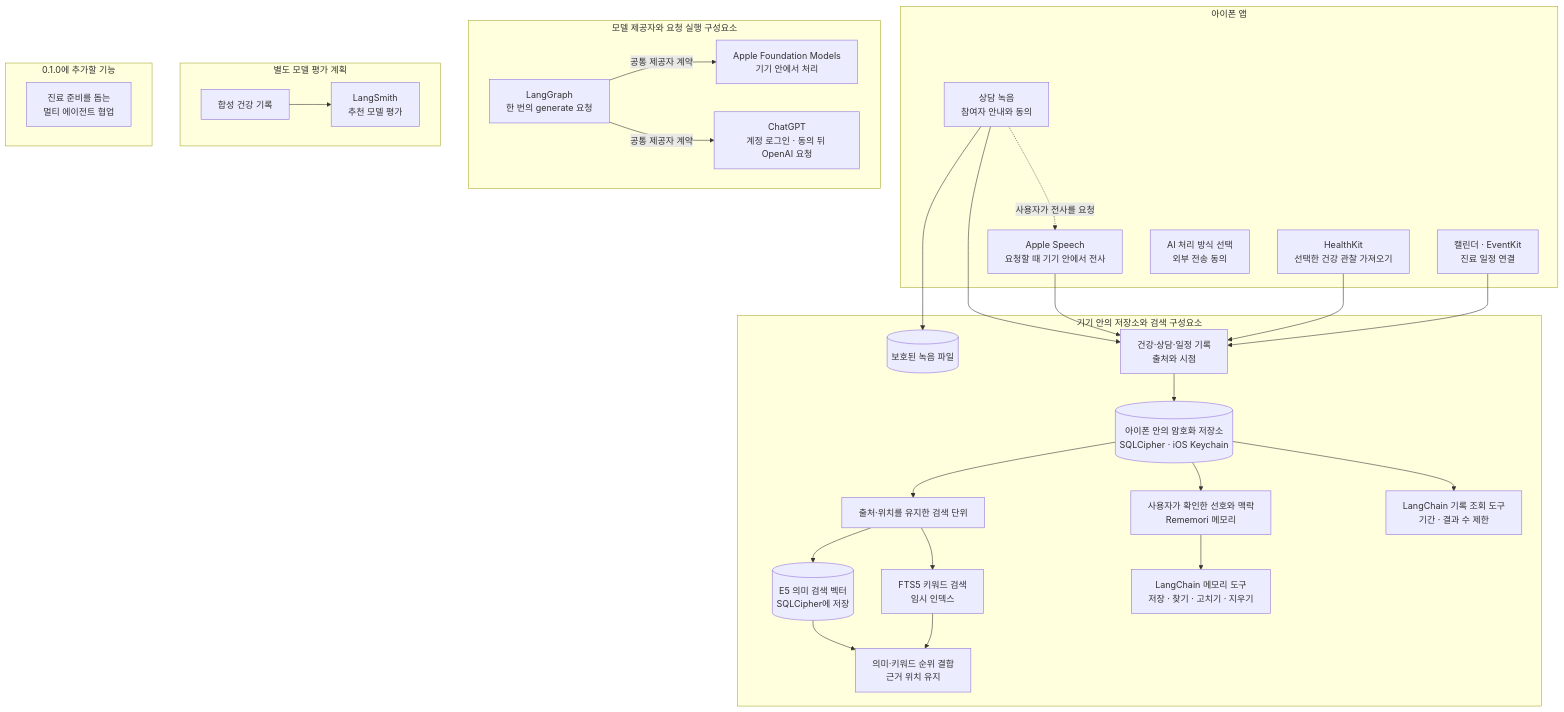
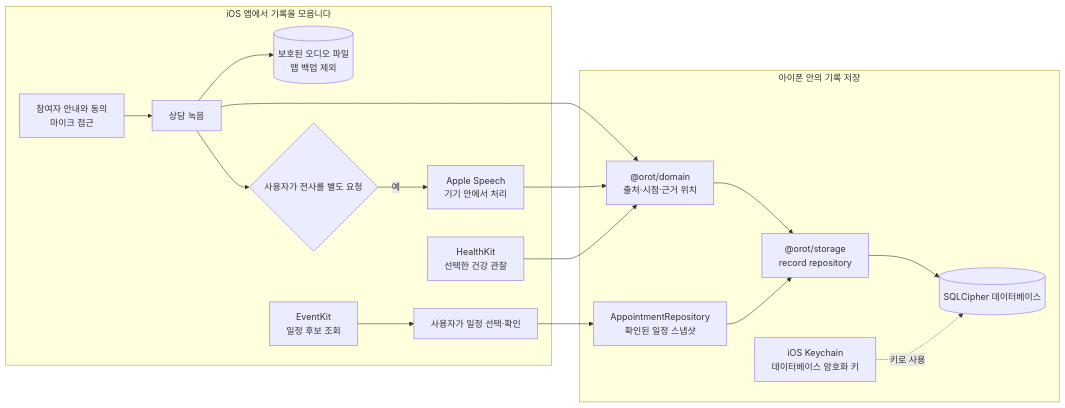
The first of 5 diagrams in README.md (eunsoogi/orot), drawn with Mermaid before and after one commit. The commit also changed other lines of this file, not shown here.

Commit message:
docs(readme): split architecture into source-backed flows

````diff
--- a/README.md
+++ b/README.md
@@ -29,57 +31,32 @@
 ```mermaid
-flowchart TB
-  subgraph app["아이폰 앱"]
-    recording["상담 녹음<br/>참여자 안내와 동의"]
-    speech["Apple Speech<br/>요청할 때 기기 안에서 전사"]
-    health["HealthKit<br/>선택한 건강 관찰 가져오기"]
-    calendar["캘린더 · EventKit<br/>진료 일정 연결"]
-    selection["AI 처리 방식 선택<br/>외부 전송 동의"]
+flowchart LR
+  subgraph capture["iOS 앱에서 기록을 모읍니다"]
+    consent["참여자 안내와 동의<br/>마이크 접근"]
+    recording["상담 녹음"]
+    audio[("보호된 오디오 파일<br/>앱 백업 제외")]
+    transcribe{"사용자가 전사를 별도 요청"}
+    speech["Apple Speech<br/>기기 안에서 처리"]
+    health["HealthKit<br/>선택한 건강 관찰"]
+    eventkit["EventKit<br/>일정 후보 조회"]
+    selectEvent["사용자가 일정 선택·확인"]
   end
 
-  subgraph local["기기 안의 저장소와 검색 구성요소"]
-    audio[("보호된 녹음 파일")]
-    records["건강·상담·일정 기록<br/>출처와 시점"]
-    db[("아이폰 안의 암호화 저장소<br/>SQLCipher · iOS Keychain")]
-    chunks["출처·위치를 유지한 검색 단위"]
-    vectors[("E5 의미 검색 벡터<br/>SQLCipher에 저장")]
-    fts["FTS5 키워드 검색<br/>임시 인덱스"]
-    retrieval["의미·키워드 순위 결합<br/>근거 위치 유지"]
-    memory["사용자가 확인한 선호와 맥락<br/>Rememori 메모리"]
-    memoryTools["LangChain 메모리 도구<br/>저장 · 찾기 · 고치기 · 지우기"]
-    queryTools["LangChain 기록 조회 도구<br/>기간 · 결과 수 제한"]
+  subgraph local["아이폰 안의 기록 저장"]
+    source["@orot/domain<br/>출처·시점·근거 위치"]
+    appointment["AppointmentRepository<br/>확인된 일정 스냅샷"]
+    records["@orot/storage<br/>record repository"]
+    db[("SQLCipher 데이터베이스")]
+    key["iOS Keychain<br/>데이터베이스 암호화 키"]
   end
 
-  subgraph model["모델 제공자와 요청 실행 구성요소"]
-    modelRunner["LangGraph<br/>한 번의 generate 요청"]
-    apple["Apple Foundation Models<br/>기기 안에서 처리"]
-    chatgpt["ChatGPT<br/>계정 로그인 · 동의 뒤 OpenAI 요청"]
-  end
-
-  subgraph evaluation["별도 모델 평가 계획"]
-    synthetic["합성 건강 기록"]
-    langsmith["LangSmith<br/>추천 모델 평가"]
-    synthetic --> langsmith
-  end
-
-  subgraph future["0.1.0에 추가할 기능"]
-    collaboration["진료 준비를 돕는<br/>멀티 에이전트 협업"]
-  end
-
-  recording --> audio
-  recording --> records
-  recording -. "사용자가 전사를 요청" .-> speech
-  speech --> records
-  health --> records
-  calendar --> records
+  consent --> recording --> audio
+  recording --> source
+  recording --> transcribe
+  transcribe -->|"예"| speech --> source
+  health --> source
+  eventkit --> selectEvent --> appointment
+  source --> records
+  appointment --> records
   records --> db
-  db --> chunks
-  chunks --> vectors
-  chunks --> fts
-  vectors --> retrieval
-  fts --> retrieval
-  db --> memory
-  memory --> memoryTools
-  db --> queryTools
-  modelRunner -->|공통 제공자 계약| apple
-  modelRunner -->|공통 제공자 계약| chatgpt
+  key -. "키로 사용" .-> db
 ```
````
